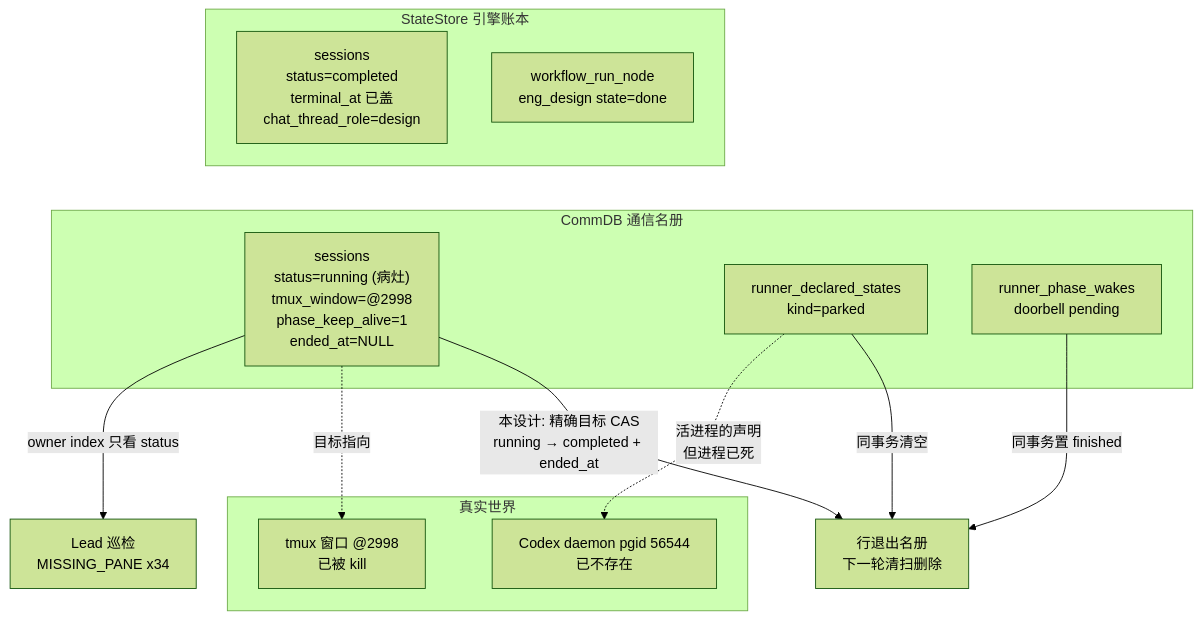
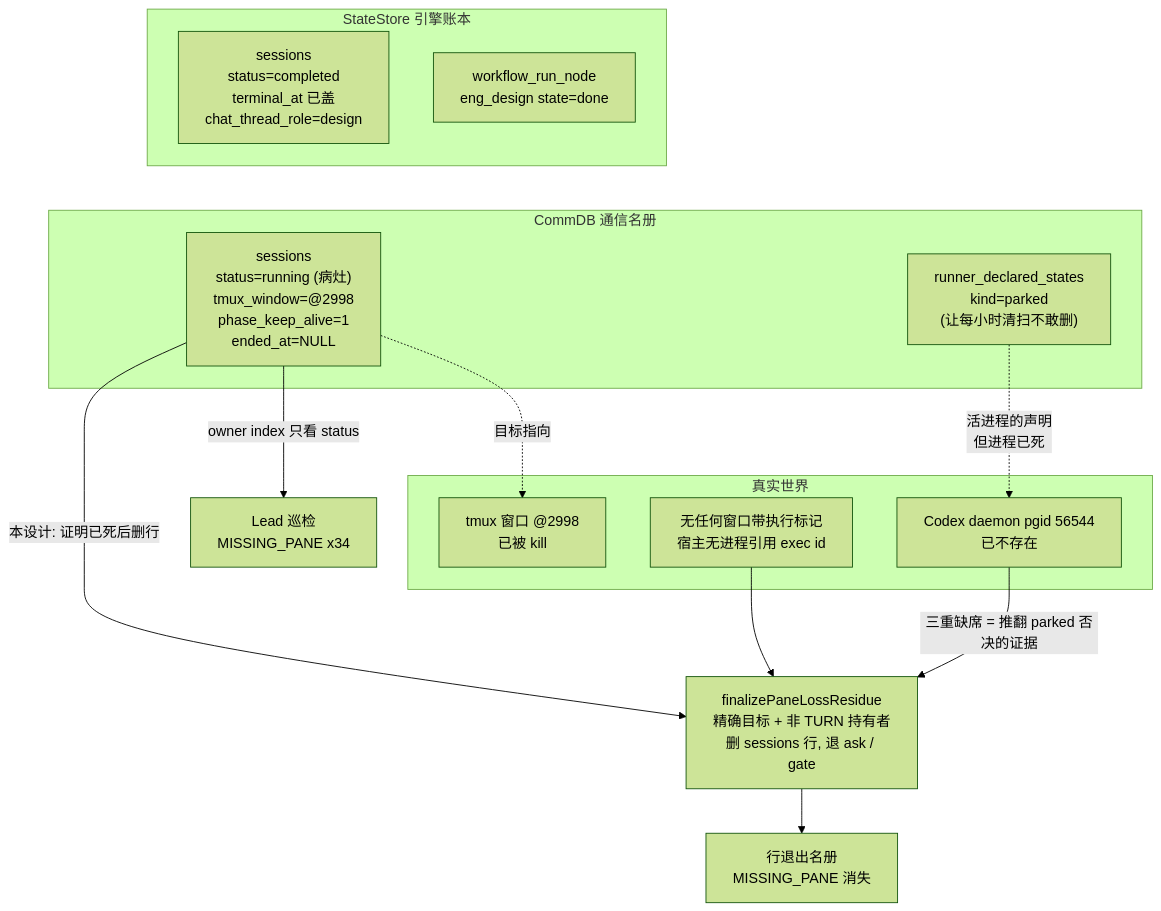
The diagram in engineering/doc/FLY-2498-design-holder-commdb-residue/diagrams/d2-data-model.mmd (xrliAnnie/flywheel-qa-sandbox), drawn with Mermaid (forest theme) before and after one commit. The commit also changed 8 other files, not shown here.

```diff
--- a/engineering/doc/FLY-2498-design-holder-commdb-residue/diagrams/d2-data-model.mmd
+++ b/engineering/doc/FLY-2498-design-holder-commdb-residue/diagrams/d2-data-model.mmd
@@ -1,21 +1,22 @@
 flowchart TB
     subgraph SS[StateStore 引擎账本]
         S1["sessions<br/>status=completed<br/>terminal_at 已盖<br/>chat_thread_role=design"]
         S2["workflow_run_node<br/>eng_design state=done"]
     end
     subgraph CD[CommDB 通信名册]
         C1["sessions<br/>status=running (病灶)<br/>tmux_window=@2998<br/>phase_keep_alive=1<br/>ended_at=NULL"]
-        C2["runner_declared_states<br/>kind=parked"]
-        C3["runner_phase_wakes<br/>doorbell pending"]
+        C2["runner_declared_states<br/>kind=parked<br/>(让每小时清扫不敢删)"]
     end
     subgraph RD[真实世界]
         R1["tmux 窗口 @2998<br/>已被 kill"]
         R2["Codex daemon pgid 56544<br/>已不存在"]
+        R3["无任何窗口带执行标记<br/>宿主无进程引用 exec id"]
     end
     S1 ~~~ C1
     C1 -->|"owner index 只看 status"| PATROL["Lead 巡检<br/>MISSING_PANE x34"]
     C1 -.->|"目标指向"| R1
     C2 -.->|"活进程的声明<br/>但进程已死"| R2
-    C1 -->|"本设计: 精确目标 CAS<br/>running → completed + ended_at"| FIX["行退出名册<br/>下一轮清扫删除"]
-    C2 -->|"同事务清空"| FIX
-    C3 -->|"同事务置 finished"| FIX
+    R2 -->|"三重缺席 = 推翻 parked 否决的证据"| FIX["finalizePaneLossResidue<br/>精确目标 + 非 TURN 持有者<br/>删 sessions 行, 退 ask / gate"]
+    R3 --> FIX
+    C1 -->|"本设计: 证明已死后删行"| FIX
+    FIX --> OUT["行退出名册<br/>MISSING_PANE 消失"]
```
